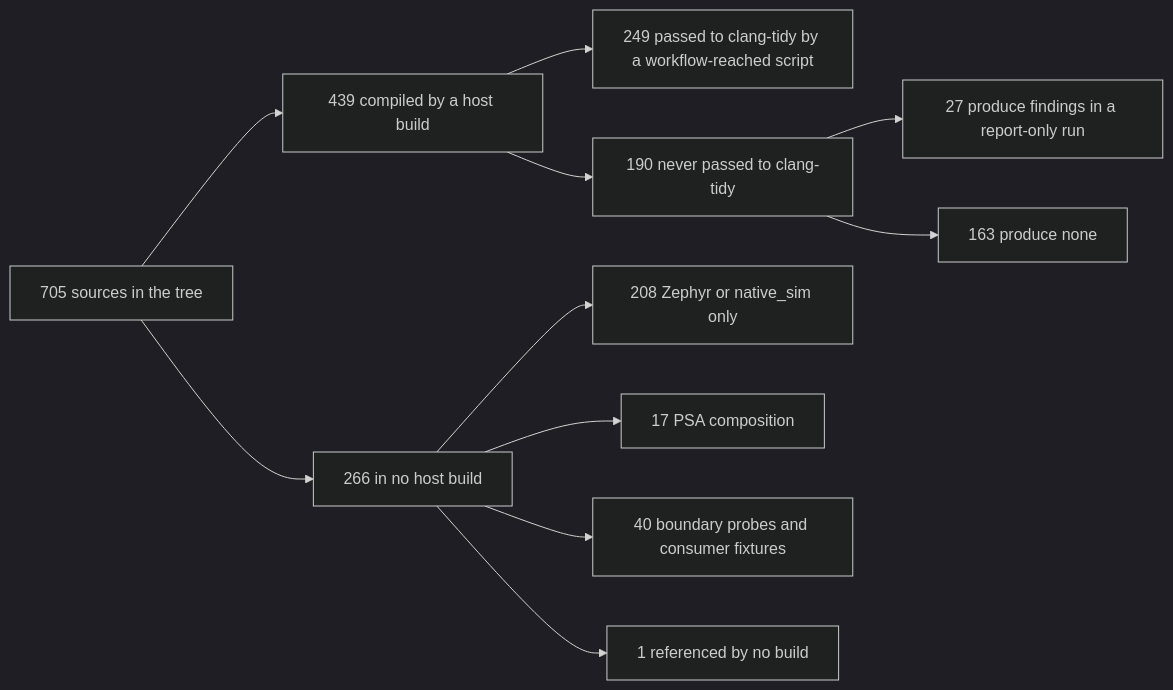
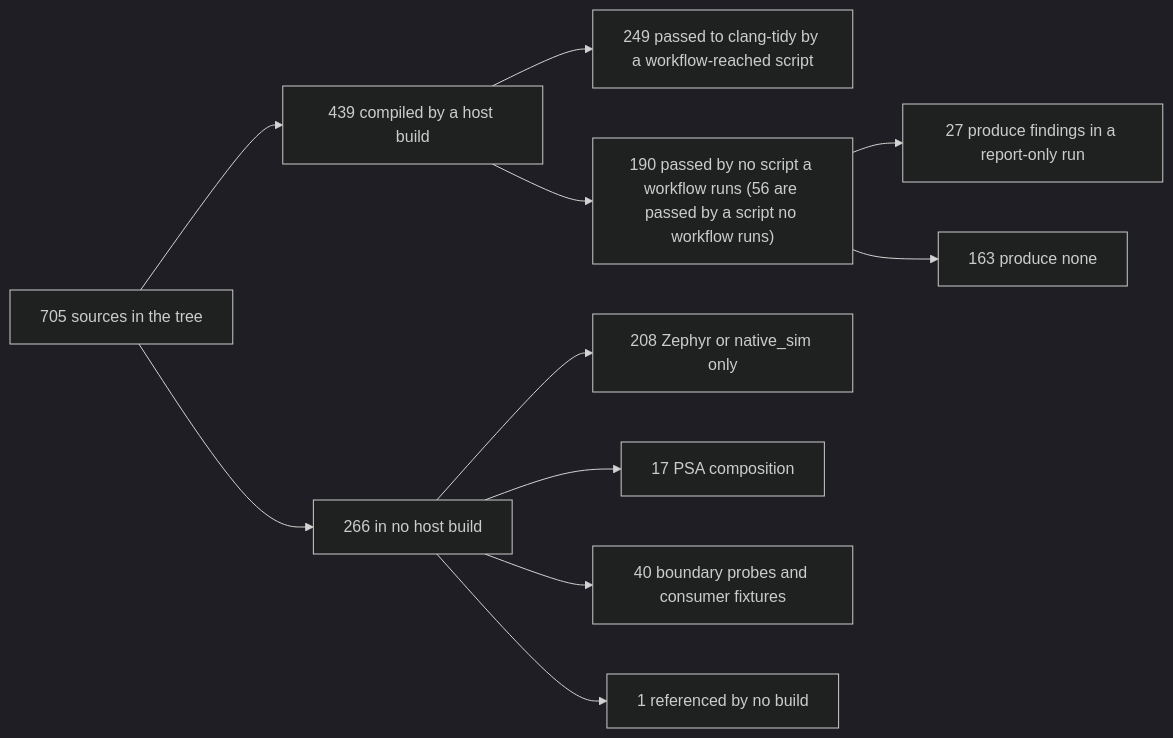
One commit to wonny-labs/crux-pilot changed the first of 2 diagrams in docs/static-analysis-coverage.md. Above: the diagram before and after it, drawn with Mermaid (dark theme). The commit also changed other lines of this file and 1 other file, not shown here.

````diff
--- a/docs/static-analysis-coverage.md
+++ b/docs/static-analysis-coverage.md
@@ -55,13 +59,13 @@
 ```mermaid
 flowchart LR
     T["705 sources in the tree"] --> H["439 compiled by a host build"]
     T --> N["266 in no host build"]
     H --> A["249 passed to clang-tidy by a workflow-reached script"]
-    H --> G["190 never passed to clang-tidy"]
+    H --> G["190 passed by no script a workflow runs (56 are passed by a script no workflow runs)"]
     N --> Z["208 Zephyr or native_sim only"]
     N --> P["17 PSA composition"]
     N --> F["40 boundary probes and consumer fixtures"]
     N --> O["1 referenced by no build"]
     G --> D["27 produce findings in a report-only run"]
     G --> C["163 produce none"]
 ```
````
